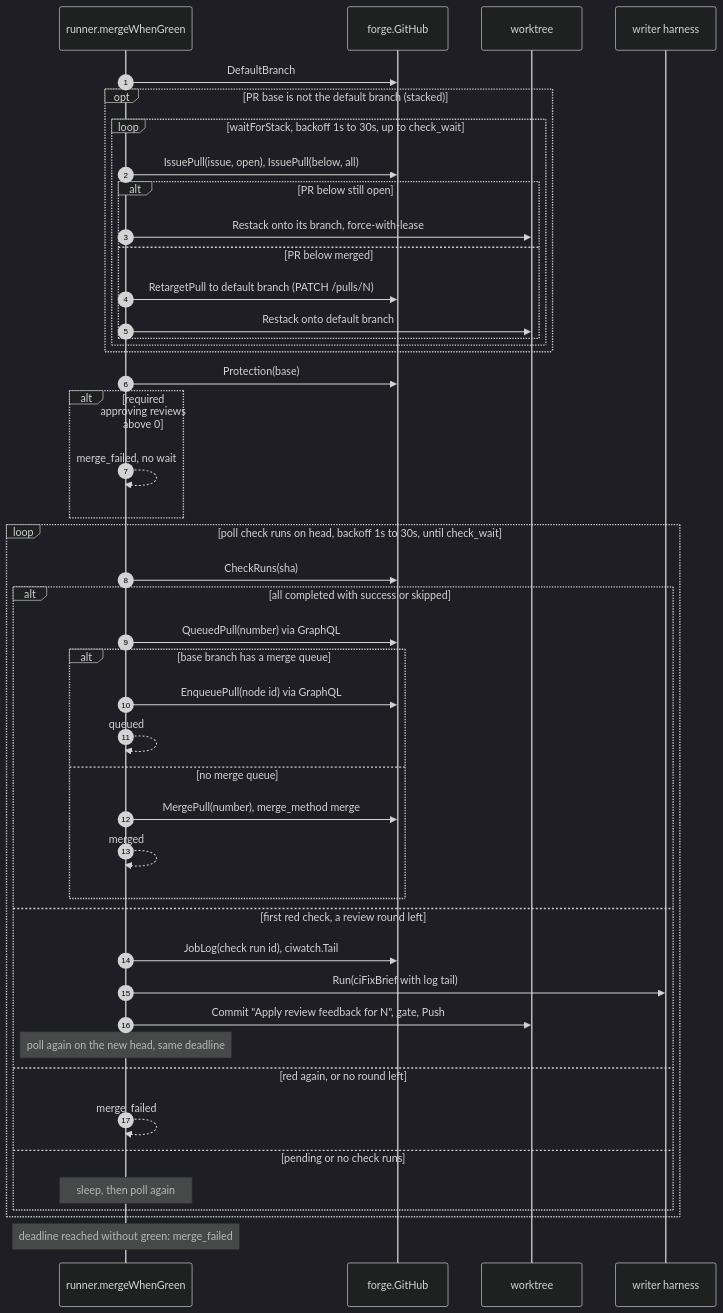
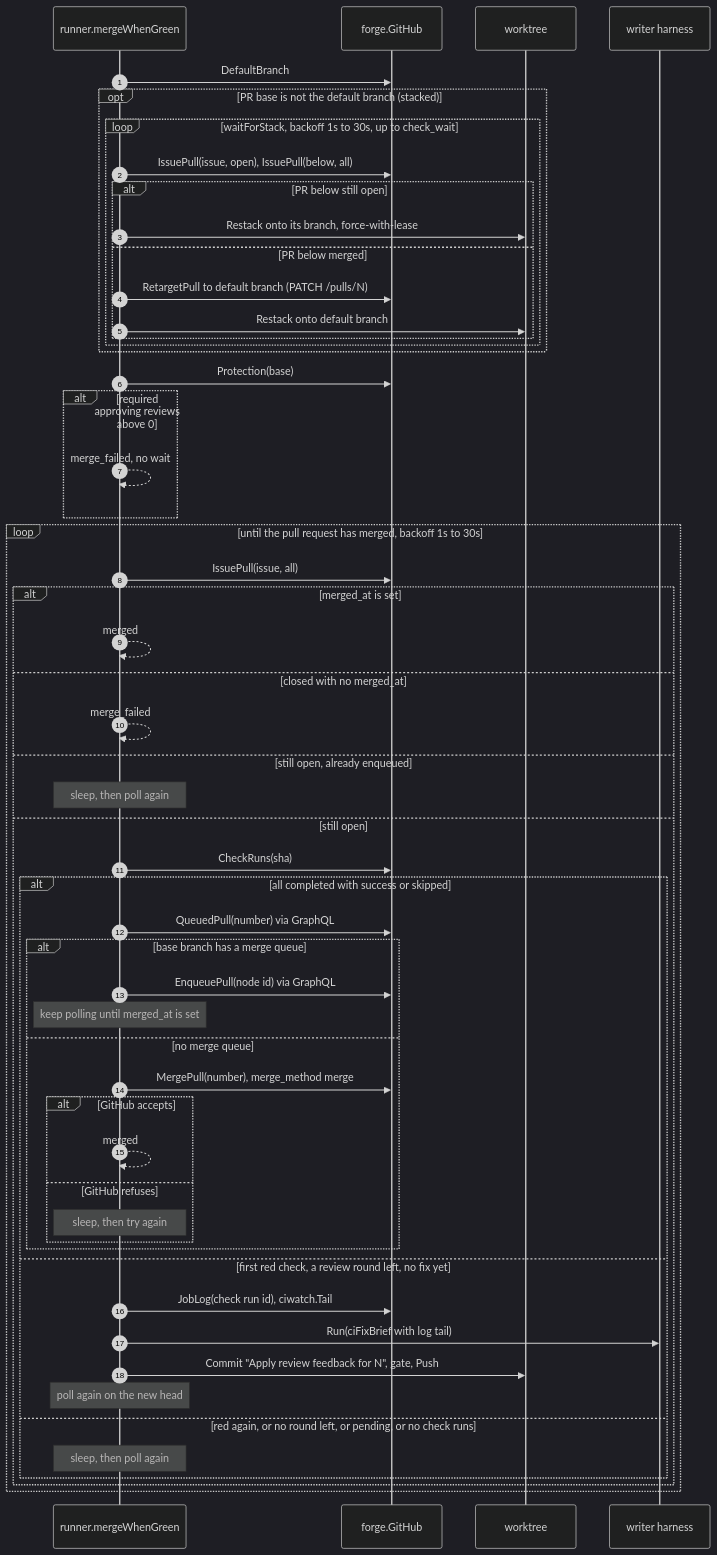
One commit to autobutler-org/schmeide changed the fourth of 7 diagrams in docs/architecture/job-flows.md. Above: the diagram before and after it, drawn with Mermaid (dark theme). The commit also changed 22 other files, not shown here.

First line of the commit message:
keep the job going until its pull request is merged (#261)

````diff
--- a/docs/architecture/job-flows.md
+++ b/docs/architecture/job-flows.md
@@ -124,48 +124,58 @@
 ```mermaid
 sequenceDiagram
     autonumber
     participant R as runner.mergeWhenGreen
     participant F as forge.GitHub
     participant W as worktree
     participant X as writer harness
 
     R->>F: DefaultBranch
     opt PR base is not the default branch (stacked)
         loop waitForStack, backoff 1s to 30s, up to check_wait
             R->>F: IssuePull(issue, open), IssuePull(below, all)
             alt PR below still open
                 R->>W: Restack onto its branch, force-with-lease
             else PR below merged
                 R->>F: RetargetPull to default branch (PATCH /pulls/N)
                 R->>W: Restack onto default branch
             end
         end
     end
     R->>F: Protection(base)
     alt required approving reviews above 0
         R-->>R: merge_failed, no wait
     end
-    loop poll check runs on head, backoff 1s to 30s, until check_wait
-        R->>F: CheckRuns(sha)
-        alt all completed with success or skipped
-            R->>F: QueuedPull(number) via GraphQL
-            alt base branch has a merge queue
-                R->>F: EnqueuePull(node id) via GraphQL
-                R-->>R: queued
-            else no merge queue
-                R->>F: MergePull(number), merge_method merge
-                R-->>R: merged
+    loop until the pull request has merged, backoff 1s to 30s
+        R->>F: IssuePull(issue, all)
+        alt merged_at is set
+            R-->>R: merged
+        else closed with no merged_at
+            R-->>R: merge_failed
+        else still open, already enqueued
+            Note over R: sleep, then poll again
+        else still open
+            R->>F: CheckRuns(sha)
+            alt all completed with success or skipped
+                R->>F: QueuedPull(number) via GraphQL
+                alt base branch has a merge queue
+                    R->>F: EnqueuePull(node id) via GraphQL
+                    Note over R: keep polling until merged_at is set
+                else no merge queue
+                    R->>F: MergePull(number), merge_method merge
+                    alt GitHub accepts
+                        R-->>R: merged
+                    else GitHub refuses
+                        Note over R: sleep, then try again
+                    end
+                end
+            else first red check, a review round left, no fix yet
+                R->>F: JobLog(check run id), ciwatch.Tail
+                R->>X: Run(ciFixBrief with log tail)
+                R->>W: Commit "Apply review feedback for N", gate, Push
+                Note over R: poll again on the new head
+            else red again, or no round left, or pending, or no check runs
+                Note over R: sleep, then poll again
             end
-        else first red check, a review round left
-            R->>F: JobLog(check run id), ciwatch.Tail
-            R->>X: Run(ciFixBrief with log tail)
-            R->>W: Commit "Apply review feedback for N", gate, Push
-            Note over R: poll again on the new head, same deadline
-        else red again, or no round left
-            R-->>R: merge_failed
-        else pending or no check runs
-            Note over R: sleep, then poll again
         end
     end
-    Note over R: deadline reached without green: merge_failed
 ```
````
